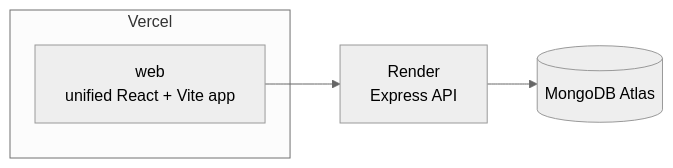
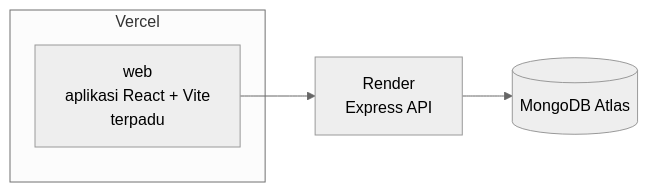
One commit to andreasarnol02/platform-lab-final-project changed the fifth of 5 diagrams in docs/technical-requirements.md. Above: the diagram before and after it, drawn with Mermaid (neutral theme). The commit also changed other lines of this file and 5 other files, not shown here.

````diff
--- a/docs/technical-requirements.md
+++ b/docs/technical-requirements.md
@@ -378,11 +378,11 @@
 ```mermaid
 flowchart LR
     subgraph Vercel
-        VW["web<br/>unified React + Vite app"]
+        VW["web<br/>aplikasi React + Vite<br/>terpadu"]
     end
     R["Render<br/>Express API"]
     A[("MongoDB Atlas")]
 
     VW --> R
     R --> A
 ```
````
